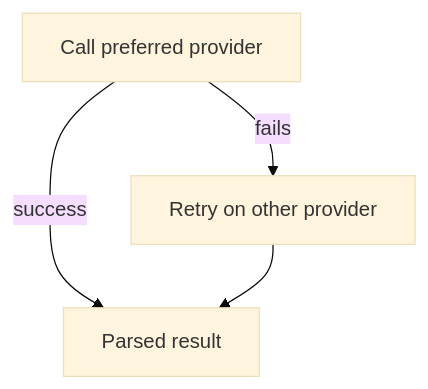
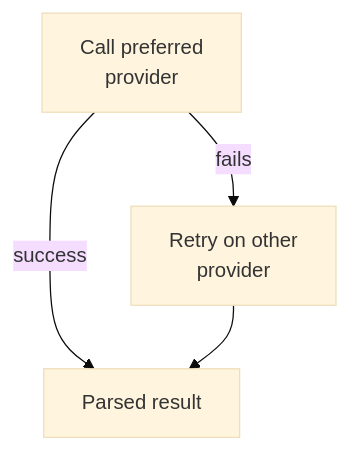
One commit to dianakang/voc-intelligence-platform changed the fourth of 4 diagrams in README.md. Above: the diagram before and after it, drawn with Mermaid (base theme). The commit also changed other lines of this file, not shown here.

First line of the commit message:
Force explicit line breaks in diagram nodes to stop text clipping on GitHub

````diff
--- a/README.md
+++ b/README.md
@@ -197,6 +197,6 @@
 ```mermaid
 flowchart TD
-    A[Call preferred provider] -->|success| R[Parsed result]
-    A -->|fails| B[Retry on other provider]
+    A["Call preferred<br/>provider"] -->|success| R[Parsed result]
+    A -->|fails| B["Retry on other<br/>provider"]
     B --> R
 ```
````
